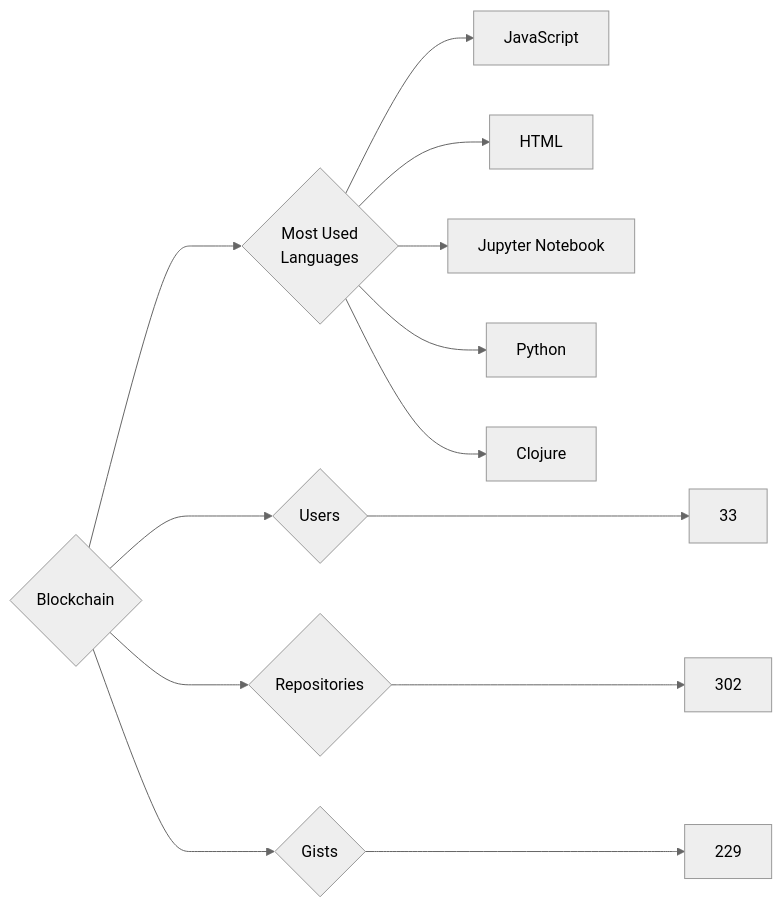
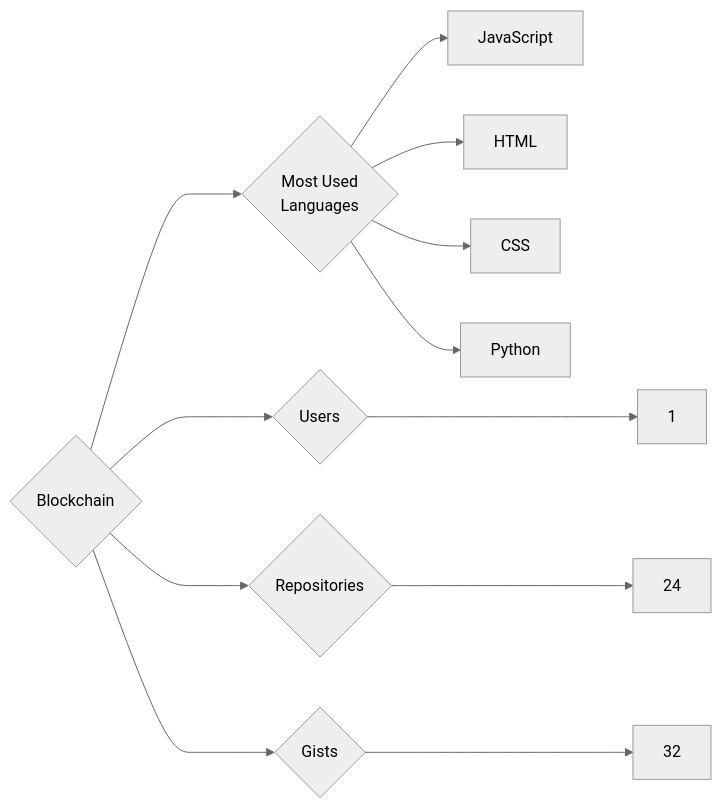
The diagram in targets/Blockchain/README.md (trickest/insiders), drawn with Mermaid (neutral theme) before and after one commit. The commit also changed 826 other files, not shown here.

````diff
--- a/targets/Blockchain/README.md
+++ b/targets/Blockchain/README.md
@@ -3,13 +3,12 @@
 ```mermaid
 graph LR
 COMPANY_NAME{Blockchain}
-COMPANY_NAME ---> U{Users} ---> UN[33]
-COMPANY_NAME ---> R{Repositories} ---> RN[302]
-COMPANY_NAME ---> G{Gists} ---> GN[229]
+COMPANY_NAME ---> U{Users} ---> UN[1]
+COMPANY_NAME ---> R{Repositories} ---> RN[24]
+COMPANY_NAME ---> G{Gists} ---> GN[32]
 COMPANY_NAME ---> ML{Most Used<br>Languages}
 ML --> JavaScript[JavaScript]
 ML --> HTML[HTML]
-ML --> Jupyter_Notebook[Jupyter Notebook]
+ML --> CSS[CSS]
 ML --> Python[Python]
-ML --> Clojure[Clojure]
 ```
````
